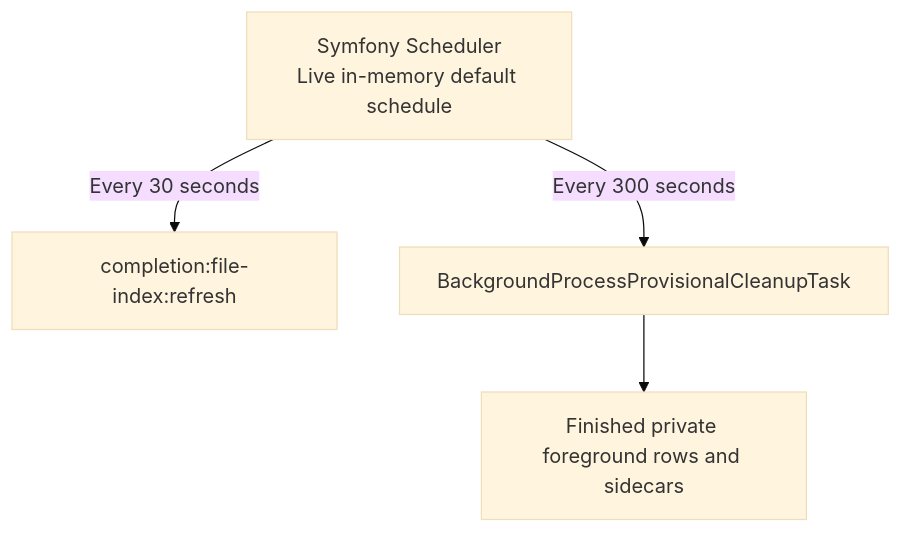
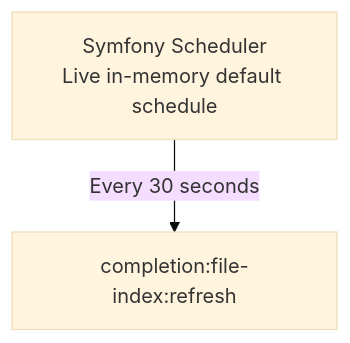
The fifth of 7 diagrams in architecture/processes-and-queues.md (ineersa/agent-core), drawn with Mermaid (base theme) before and after one commit. The commit also changed other lines of this file and 11 other files, not shown here.

````diff
--- a/architecture/processes-and-queues.md
+++ b/architecture/processes-and-queues.md
@@ -226,7 +215,5 @@
 ```mermaid
 flowchart TB
     Clock["Symfony Scheduler<br/>Live in-memory default schedule"]
     Clock -->|Every 30 seconds| Index[completion:file-index:refresh]
-    Clock -->|Every 300 seconds| Cleanup[BackgroundProcessProvisionalCleanupTask]
-    Cleanup --> Private[Finished private foreground rows and sidecars]
 ```
````
